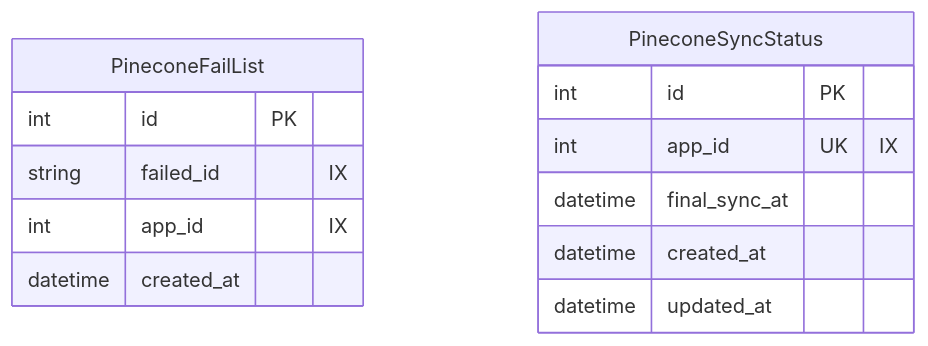
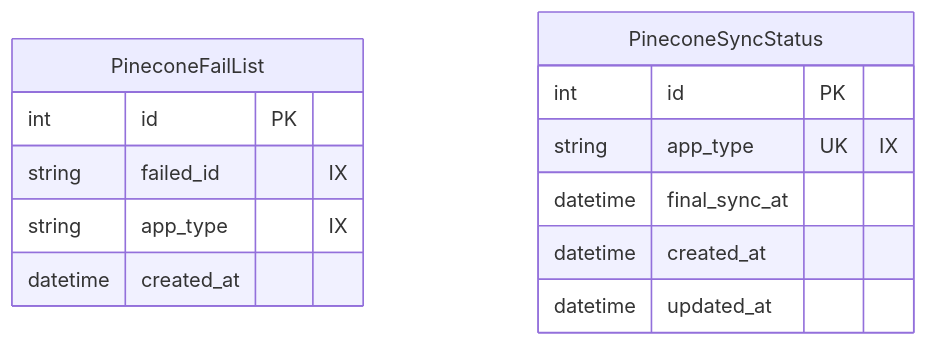
Diagram 12 of 12 in docs/Schema.md (henry0816191/boost-data-collector), drawn with Mermaid before and after one commit. The commit also changed other lines of this file and 14 other files, not shown here.

Commit message:
#29-update this app to use app_type

````diff
--- a/docs/Schema.md
+++ b/docs/Schema.md
@@ -650,17 +650,17 @@
 ```mermaid
 erDiagram
     PineconeFailList {
         int id PK
         string failed_id "IX"
-        int app_id "IX"
+        string app_type "IX"
         datetime created_at
     }
 
     PineconeSyncStatus {
         int id PK
-        int app_id UK "IX"
+        string app_type UK "IX"
         datetime final_sync_at
         datetime created_at
         datetime updated_at
     }
 ```
````
